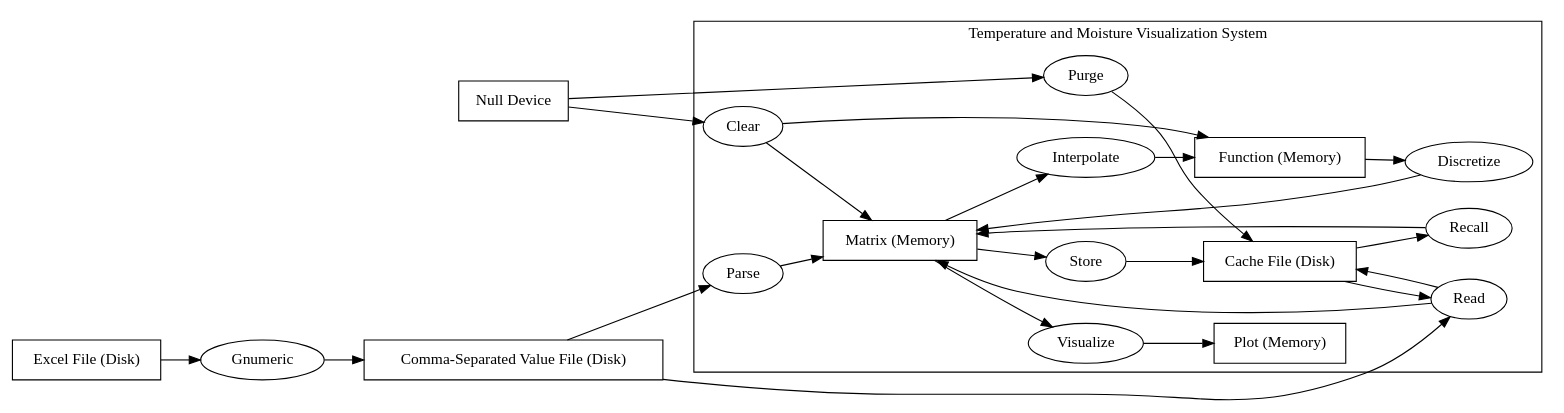
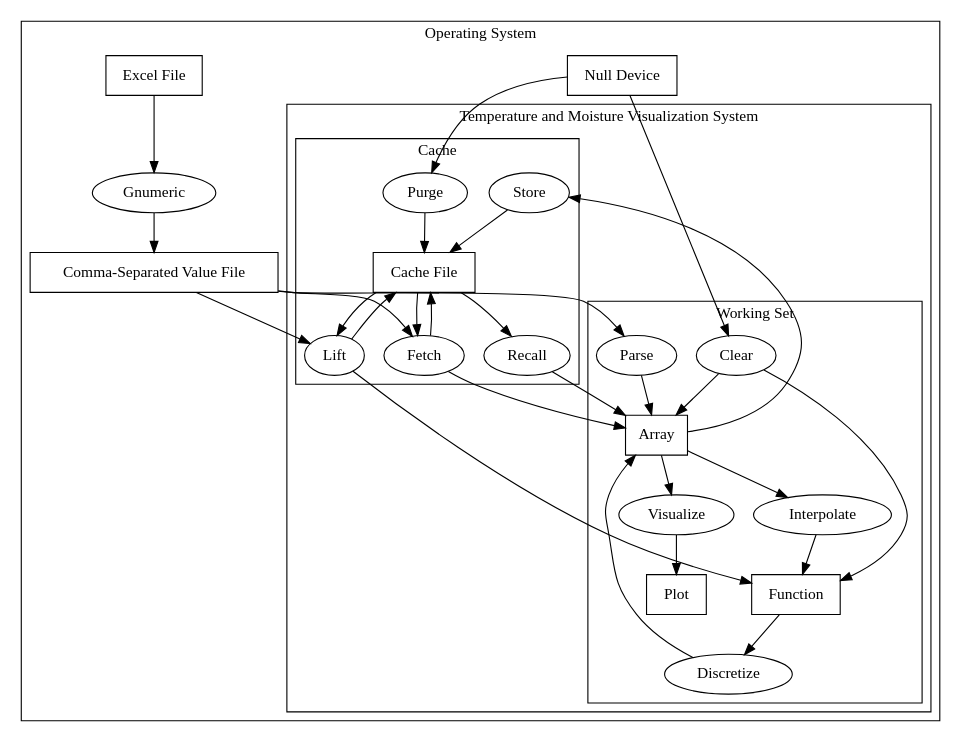
One commit to Tuplanolla/tmvs changed the diagram in data-flow.dot. Above: the diagram before and after it, drawn with Graphviz.

Commit message:
Much improved data flow diagram.

```diff
--- a/data-flow.dot
+++ b/data-flow.dot
@@ -1,46 +1,63 @@
 digraph tmvs {
-  rankdir = LR
-
-  subgraph cluster_tmvs {
-    label = "Temperature and Moisture Visualization System"
+  subgraph cluster_cace {
+    label = "Operating System"
 
     node [shape = box]
-    matrix [label = "Matrix (Memory)"]
-    function [label = "Function (Memory)"]
-    plot [label = "Plot (Memory)"]
-    cache [label = "Cache File (Disk)"]
+    null [label = "Null Device"]
+    xls [label = "Excel File"]
+    csv [label = "Comma-Separated Value File"]
 
     node [shape = oval]
-    parse [label = "Parse"]
-    interpolate [label = "Interpolate"]
-    discretize [label = "Discretize"]
-    visualize [label = "Visualize"]
-    clear [label = "Clear"]
-    read [label = "Read"]
-    store [label = "Store"]
-    recall [label = "Recall"]
-    purge [label = "Purge"]
+    gnumeric [label = "Gnumeric"]
+
+    subgraph cluster_tmvs {
+      label = "Temperature and Moisture Visualization System"
+
+      subgraph cluster_ws {
+        label = "Working Set"
+
+        node [shape = box]
+        array [label = "Array"]
+        function [label = "Function"]
+        plot [label = "Plot"]
+
+        node [shape = oval]
+        parse [label = "Parse"]
+        interpolate [label = "Interpolate"]
+        discretize [label = "Discretize"]
+        visualize [label = "Visualize"]
+        clear [label = "Clear"]
+      }
+
+      subgraph cluster_cache {
+        label = "Cache"
+
+        node [shape = box]
+        cache [label = "Cache File"]
+
+        node [shape = oval]
+        fetch [label = "Fetch"]
+        lift [label = "Lift"]
+        store [label = "Store"]
+        recall [label = "Recall"]
+        purge [label = "Purge"]
+      }
+    }
   }
 
-  node [shape = box]
-  null [label = "Null Device"]
-  xls [label = "Excel File (Disk)"]
-  csv [label = "Comma-Separated Value File (Disk)"]
-
-  node [shape = oval]
-  gnumeric [label = "Gnumeric"]
-
   xls -> gnumeric -> csv
-  csv -> parse -> matrix
-  matrix -> interpolate -> function
-  function -> discretize -> matrix
-  matrix -> visualize -> plot
+  csv -> parse -> array
+  array -> interpolate -> function
+  function -> discretize -> array
+  array -> visualize -> plot
   null -> clear
-  clear -> matrix
+  clear -> array
   clear -> function
-  csv -> read -> matrix
-  cache -> read -> cache
-  matrix -> store -> cache
-  cache -> recall -> matrix
+  csv -> fetch -> array
+  cache -> fetch -> cache
+  csv -> lift -> function
+  cache -> lift -> cache
+  array -> store -> cache
+  cache -> recall -> array
   null -> purge -> cache
 }
```
